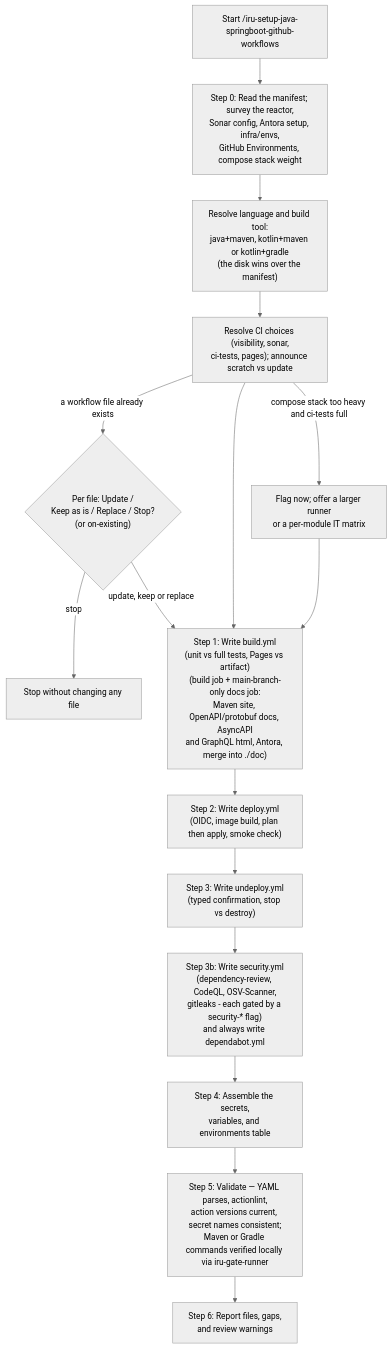
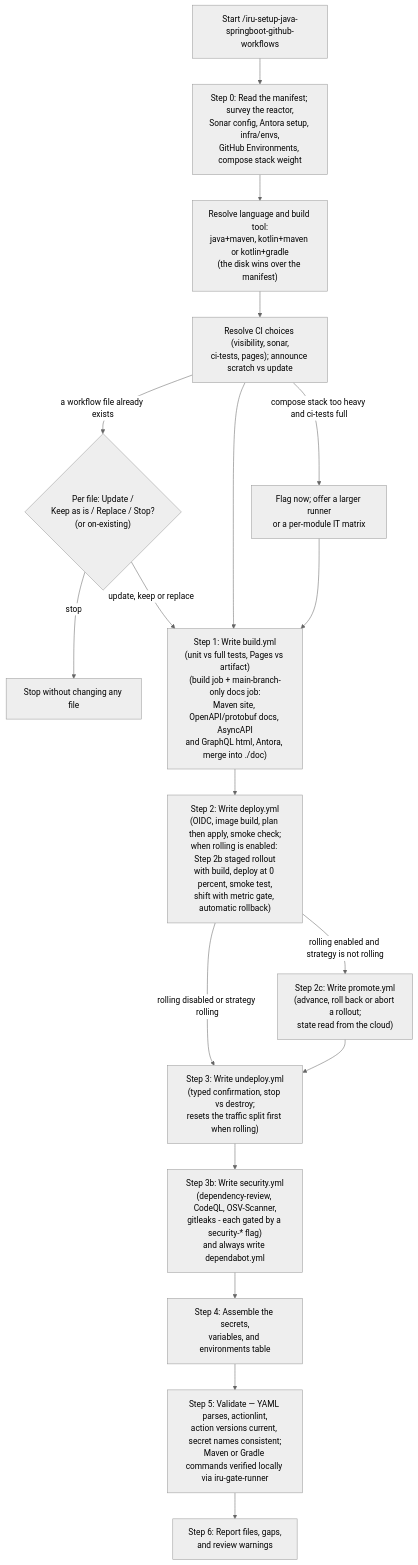
Before and after one commit to albertoirurueta/ai-catalog: the diagram in docs/modules/ROOT/pages/skills/iru-setup-java-springboot-github-workflows.adoc, drawn with Mermaid (neutral theme). The commit also changed other lines of this file and 16 other files, not shown here.

```diff
--- a/docs/modules/ROOT/pages/skills/iru-setup-java-springboot-github-workflows.adoc
+++ b/docs/modules/ROOT/pages/skills/iru-setup-java-springboot-github-workflows.adoc
@@ -239,19 +283,21 @@
 [mermaid]
 ....
 flowchart TD
     A["Start /iru-setup-java-springboot-github-workflows"] --> B["Step 0: Read the manifest; survey the reactor,\nSonar config, Antora setup, infra/envs,\nGitHub Environments, compose stack weight"]
     B --> BL["Resolve language and build tool:\njava+maven, kotlin+maven or kotlin+gradle\n(the disk wins over the manifest)"]
     BL --> B2["Resolve CI choices (visibility, sonar,\nci-tests, pages); announce scratch vs update"]
     B2 -- compose stack too heavy and ci-tests full --> C["Flag now; offer a larger runner\nor a per-module IT matrix"]
     B2 -- a workflow file already exists --> D{"Per file: Update /\nKeep as is / Replace / Stop?\n(or on-existing)"}
     D -- stop --> STOP[Stop without changing any file]
     D -- update, keep or replace --> E
     B2 --> E["Step 1: Write build.yml\n(unit vs full tests, Pages vs artifact)\n(build job + main-branch-only docs job:\nMaven site, OpenAPI/protobuf docs, AsyncAPI\nand GraphQL html, Antora, merge into ./doc)"]
     C --> E
-    E --> F["Step 2: Write deploy.yml\n(OIDC, image build, plan then apply, smoke check)"]
-    F --> G["Step 3: Write undeploy.yml\n(typed confirmation, stop vs destroy)"]
+    E --> F["Step 2: Write deploy.yml\n(OIDC, image build, plan then apply, smoke check;\nwhen rolling is enabled: Step 2b staged rollout\nwith build, deploy at 0 percent, smoke test,\nshift with metric gate, automatic rollback)"]
+    F -- "rolling enabled and strategy is not rolling" --> F2["Step 2c: Write promote.yml\n(advance, roll back or abort a rollout;\nstate read from the cloud)"]
+    F -- "rolling disabled or strategy rolling" --> G
+    F2 --> G["Step 3: Write undeploy.yml\n(typed confirmation, stop vs destroy;\nresets the traffic split first when rolling)"]
     G --> G2["Step 3b: Write security.yml\n(dependency-review, CodeQL, OSV-Scanner,\ngitleaks - each gated by a security-* flag)\nand always write dependabot.yml"]
     G2 --> H["Step 4: Assemble the secrets,\nvariables, and environments table"]
     H --> I["Step 5: Validate — YAML parses, actionlint,\naction versions current, secret names consistent;\nMaven or Gradle commands verified locally via iru-gate-runner"]
     I --> J["Step 6: Report files, gaps,\nand review warnings"]
 ....
```
